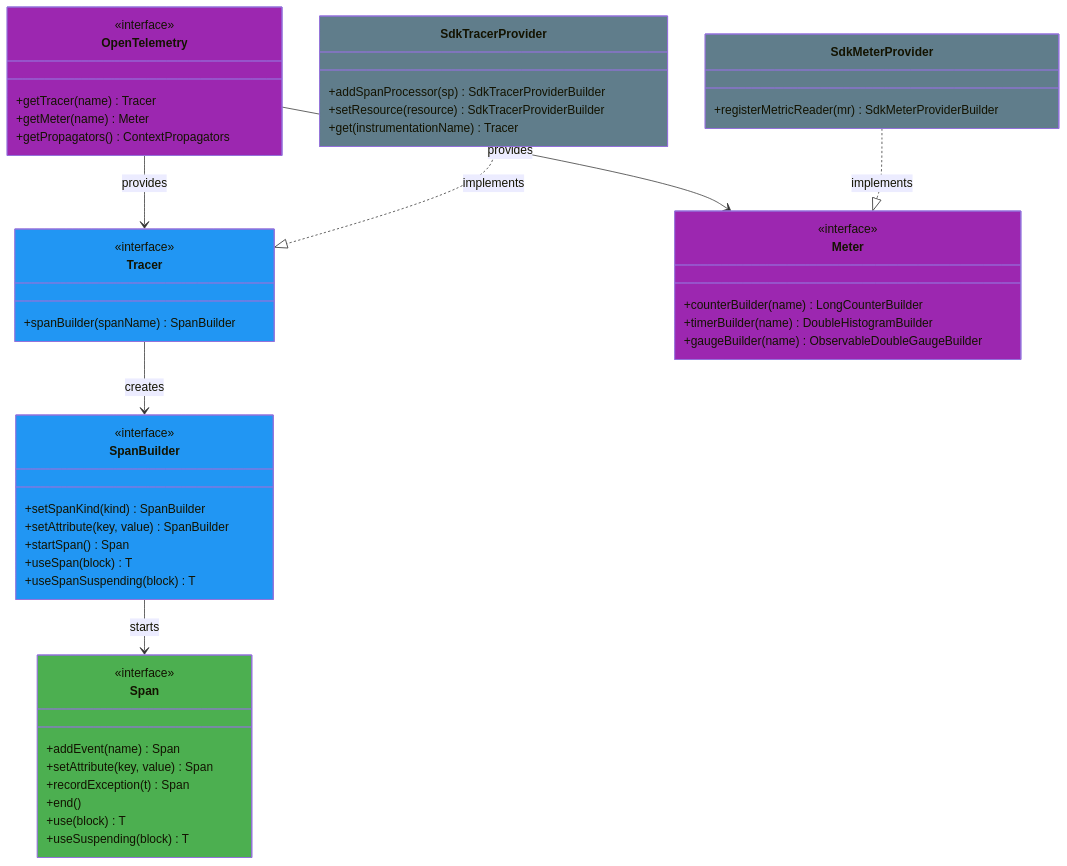
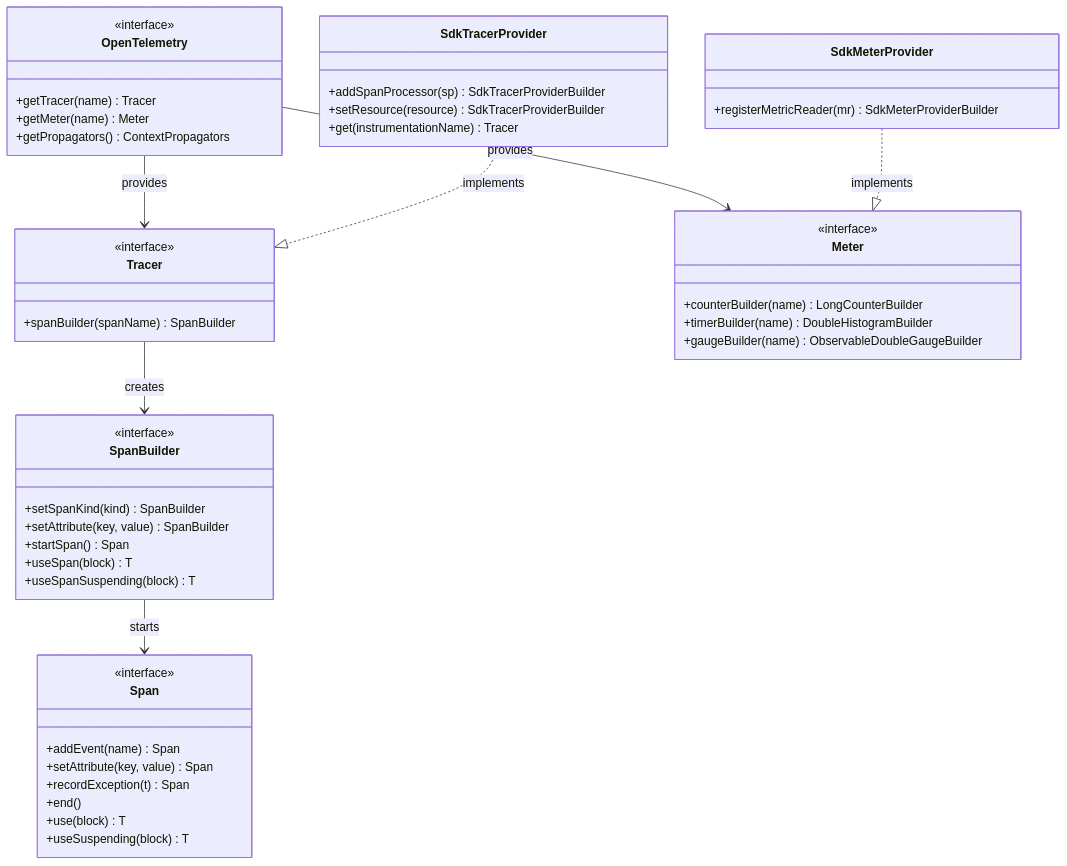
Before and after one commit to bluetape4k/bluetape4k-projects: the first of 4 diagrams in infra/opentelemetry/README.md, drawn with Mermaid. The commit also changed 95 other files, not shown here.

First line of the commit message:
docs: Mermaid 파서 오류 전체 수정 (IntelliJ IDEA 호환)

````diff
--- a/infra/opentelemetry/README.md
+++ b/infra/opentelemetry/README.md
@@ -253,64 +253,58 @@
 ```mermaid
 classDiagram
-    class OpenTelemetry:::abstractStyle {
+    class OpenTelemetry {
         <<interface>>
         +getTracer(name) Tracer
         +getMeter(name) Meter
         +getPropagators() ContextPropagators
     }
 
-    class Tracer:::clientStyle {
+    class Tracer {
         <<interface>>
         +spanBuilder(spanName) SpanBuilder
     }
 
-    class SpanBuilder:::clientStyle {
+    class SpanBuilder {
         <<interface>>
         +setSpanKind(kind) SpanBuilder
         +setAttribute(key, value) SpanBuilder
         +startSpan() Span
         +useSpan(block) T
         +useSpanSuspending(block) T
     }
 
-    class Span:::serviceStyle {
+    class Span {
         <<interface>>
         +addEvent(name) Span
         +setAttribute(key, value) Span
         +recordException(t) Span
         +end()
         +use(block) T
         +useSuspending(block) T
     }
 
-    class SdkTracerProvider:::infraStyle {
+    class SdkTracerProvider {
         +addSpanProcessor(sp) SdkTracerProviderBuilder
         +setResource(resource) SdkTracerProviderBuilder
         +get(instrumentationName) Tracer
     }
 
-    class SdkMeterProvider:::infraStyle {
+    class SdkMeterProvider {
         +registerMetricReader(mr) SdkMeterProviderBuilder
     }
 
-    class Meter:::abstractStyle {
+    class Meter {
         <<interface>>
         +counterBuilder(name) LongCounterBuilder
         +timerBuilder(name) DoubleHistogramBuilder
         +gaugeBuilder(name) ObservableDoubleGaugeBuilder
     }
 
     OpenTelemetry --> Tracer: provides
     OpenTelemetry --> Meter: provides
     Tracer --> SpanBuilder: creates
     SpanBuilder --> Span: starts
     SdkTracerProvider ..|> Tracer: implements
     SdkMeterProvider ..|> Meter: implements
 
-    classDef cacheStyle    fill:#F44336
-    classDef redisStyle    fill:#FF9800
-    classDef infraStyle    fill:#607D8B
-    classDef clientStyle   fill:#2196F3
-    classDef abstractStyle fill:#9C27B0
-    classDef serviceStyle  fill:#4CAF50
 ```
````
